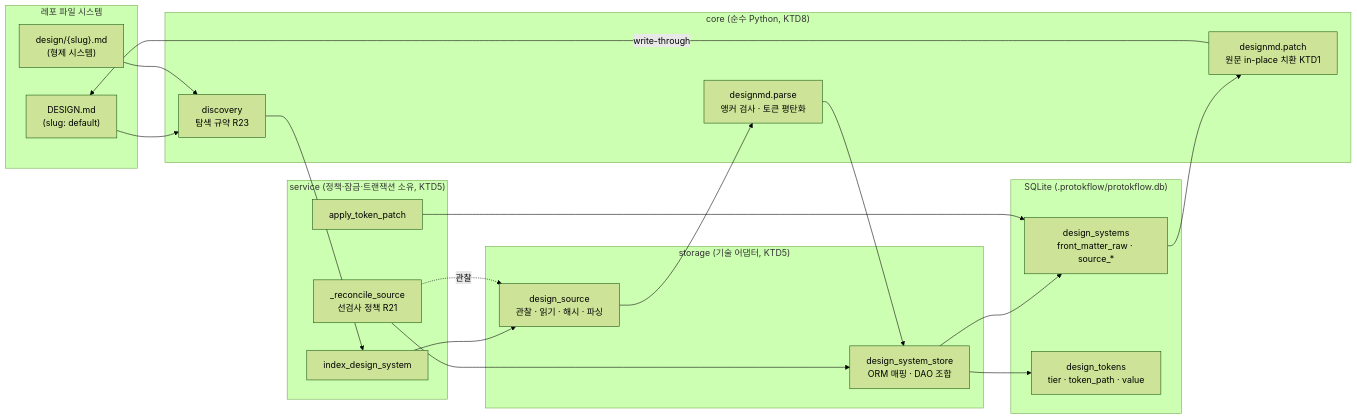
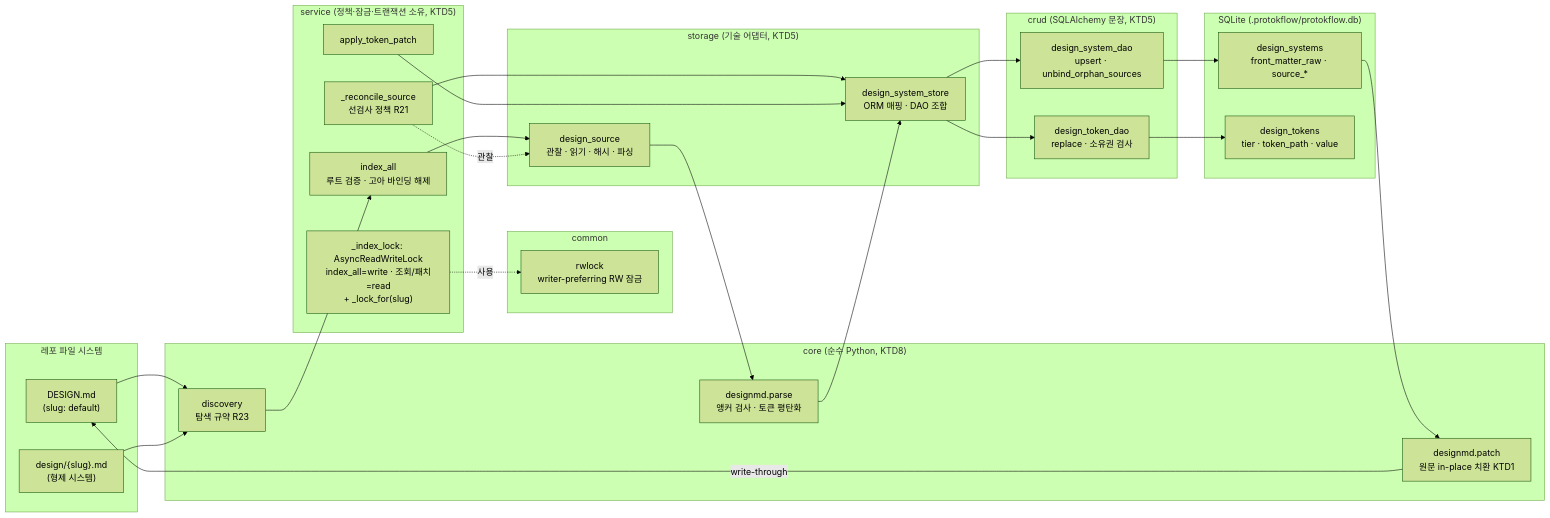
The first of 2 diagrams in docs/plans/2026-08-24-1252-feat-designmd-storage-layer-plan.md (JongSeonKim/protokflow), drawn with Mermaid (forest theme) before and after one commit. The commit also changed other lines of this file and 4 other files, not shown here.

First line of the commit message:
docs(storage): update storage architecture docs, concepts, and explainer

````diff
--- a/docs/plans/2026-08-24-1252-feat-designmd-storage-layer-plan.md
+++ b/docs/plans/2026-08-24-1252-feat-designmd-storage-layer-plan.md
@@ -156,43 +156,56 @@
 ```mermaid
 flowchart LR
     subgraph FS["레포 파일 시스템"]
         ROOT["DESIGN.md<br/>(slug: default)"]
         SIB["design/{slug}.md<br/>(형제 시스템)"]
     end
 
     subgraph CORE["core (순수 Python, KTD8)"]
         DISC["discovery<br/>탐색 규약 R23"]
         PARSE["designmd.parse<br/>앵커 검사 · 토큰 평탄화"]
         PATCH["designmd.patch<br/>원문 in-place 치환 KTD1"]
     end
 
     subgraph SVC["service (정책·잠금·트랜잭션 소유, KTD5)"]
-        IDX["index_design_system"]
+        IDX["index_all<br/>루트 검증 · 고아 바인딩 해제"]
         REC["_reconcile_source<br/>선검사 정책 R21"]
         WT["apply_token_patch"]
+        LOCK["_index_lock: AsyncReadWriteLock<br/>index_all=write · 조회/패치=read<br/>+ _lock_for(slug)"]
+    end
+
+    subgraph COMMON["common"]
+        RWLOCK["rwlock<br/>writer-preferring RW 잠금"]
     end
 
     subgraph STORE["storage (기술 어댑터, KTD5)"]
         SOURCE["design_source<br/>관찰 · 읽기 · 해시 · 파싱"]
         DSSTORE["design_system_store<br/>ORM 매핑 · DAO 조합"]
+    end
+
+    subgraph CRUDL["crud (SQLAlchemy 문장, KTD5)"]
+        DSDAO["design_system_dao<br/>upsert · unbind_orphan_sources"]
+        DTDAO["design_token_dao<br/>replace · 소유권 검사"]
     end
 
     subgraph DB["SQLite (.protokflow/protokflow.db)"]
         DS["design_systems<br/>front_matter_raw · source_*"]
         DT["design_tokens<br/>tier · token_path · value"]
     end
 
     ROOT --> DISC
     SIB --> DISC
     DISC --> IDX
     IDX --> SOURCE
     SOURCE --> PARSE
     PARSE --> DSSTORE
-    DSSTORE --> DS
-    DSSTORE --> DT
+    DSSTORE --> DSDAO
+    DSSTORE --> DTDAO
+    DSDAO --> DS
+    DTDAO --> DT
     REC -.관찰.-> SOURCE
     REC --> DSSTORE
-    WT --> DS
+    WT --> DSSTORE
+    LOCK -.사용.-> RWLOCK
     DS --> PATCH
     PATCH -->|write-through| ROOT
 ```
````
